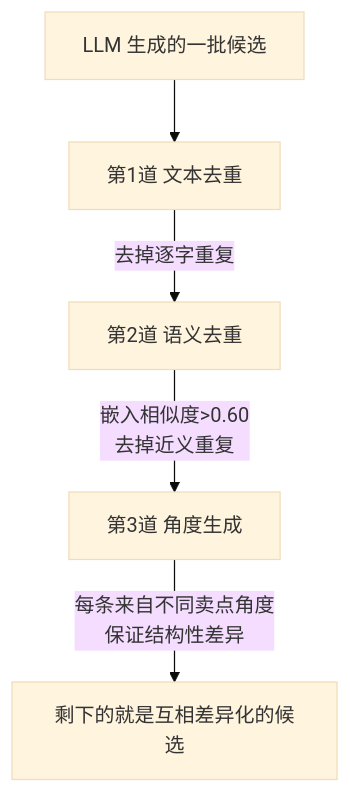
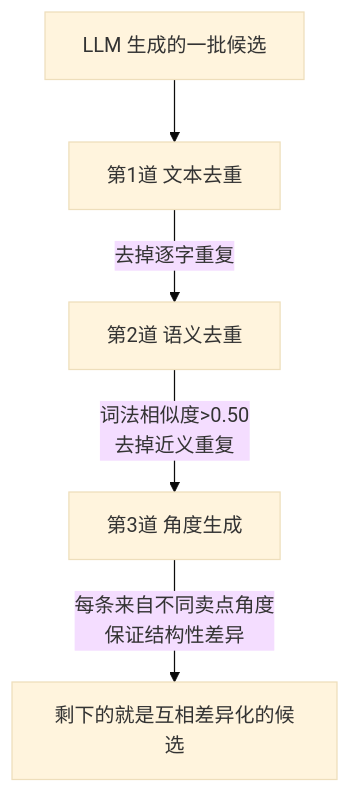
One commit to kangshengzhe/creative-editor-agent changed the fourth of 4 diagrams in docs/WORKFLOW.md. Above: the diagram before and after it, drawn with Mermaid (base theme). The commit also changed other lines of this file and 4 other files, not shown here.

````diff
--- a/docs/WORKFLOW.md
+++ b/docs/WORKFLOW.md
@@ -149,7 +149,7 @@
 ```mermaid
 flowchart TD
     A[LLM 生成的一批候选] --> D1[第1道 文本去重]
     D1 -->|去掉逐字重复| D2[第2道 语义去重]
-    D2 -->|嵌入相似度>0.60<br/>去掉近义重复| D3[第3道 角度生成]
+    D2 -->|词法相似度>0.50<br/>去掉近义重复| D3[第3道 角度生成]
     D3 -->|每条来自不同卖点角度<br/>保证结构性差异| R[剩下的就是互相差异化的候选]
 ```
````
